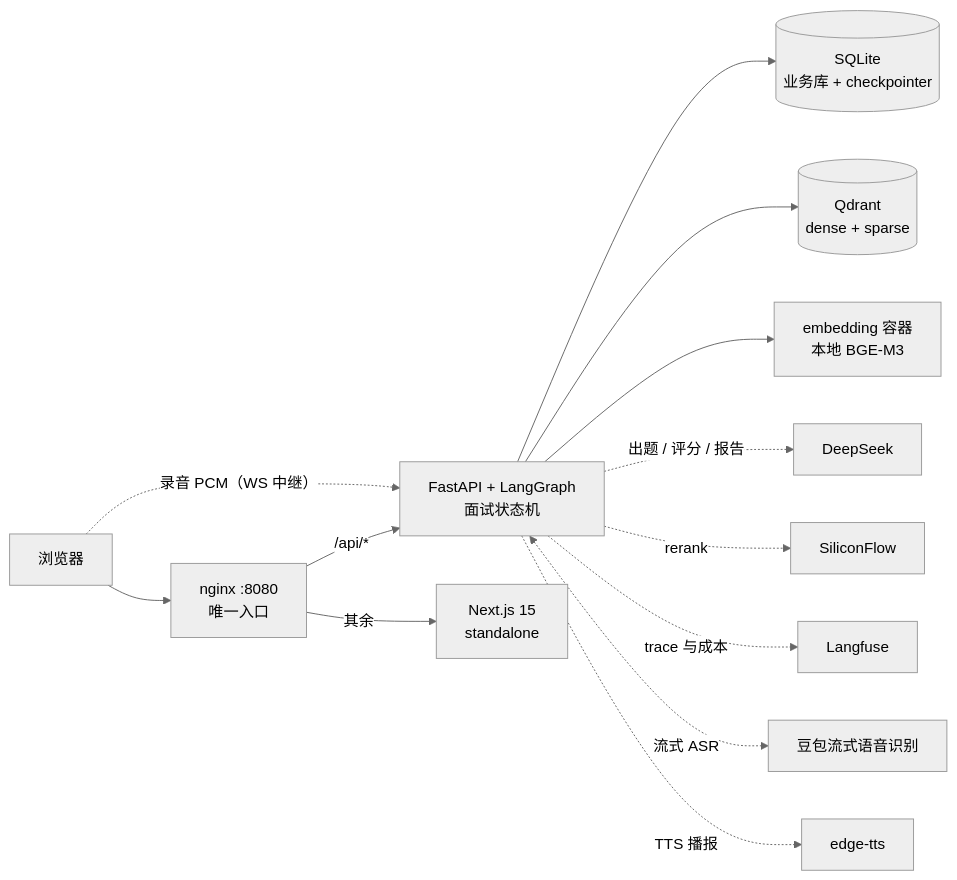
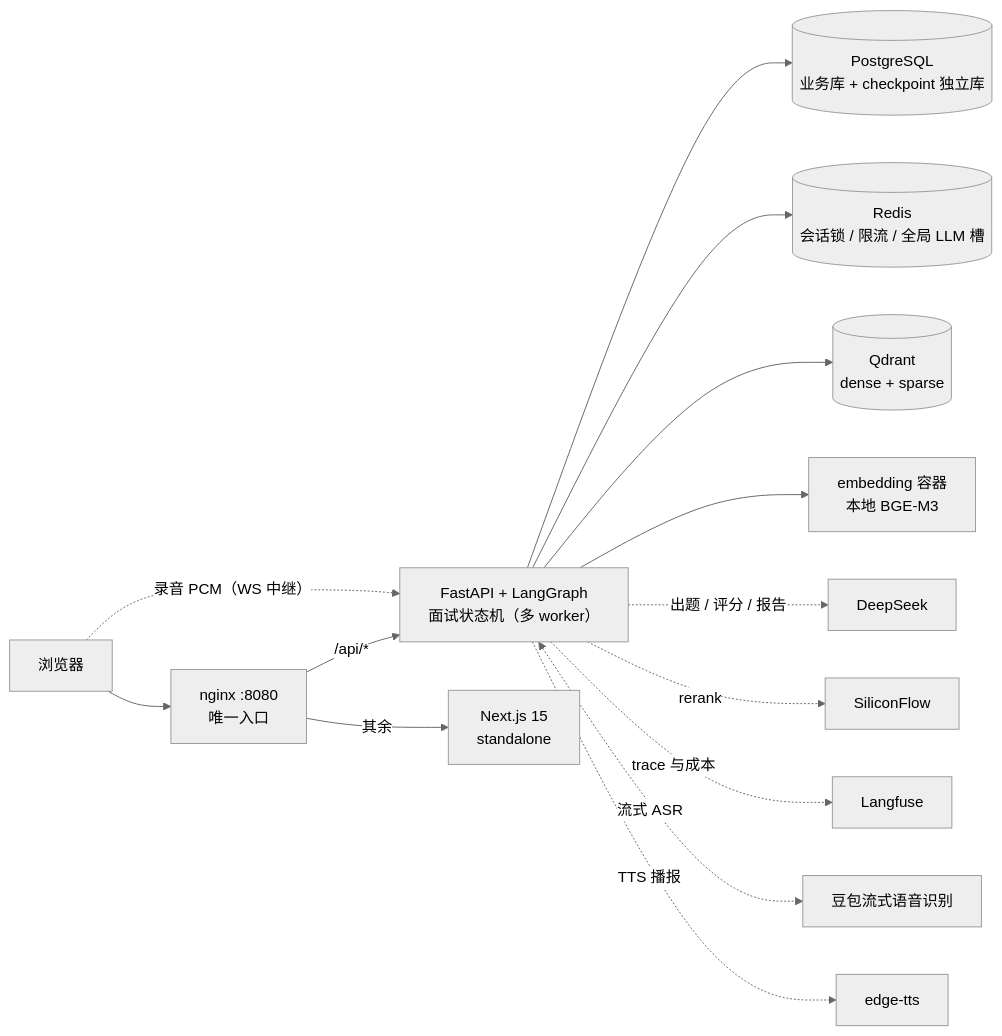
One commit to Q-77-i/Marda changed the diagram in README.md. Above: the diagram before and after it, drawn with Mermaid (neutral theme). The commit also changed other lines of this file and 5 other files, not shown here.

````diff
--- a/README.md
+++ b/README.md
@@ -45,15 +45,16 @@
 ```mermaid
 flowchart LR
   B["浏览器"] --> N["nginx :8080<br/>唯一入口"]
-  N -->|"/api/*"| A["FastAPI + LangGraph<br/>面试状态机"]
+  N -->|"/api/*"| A["FastAPI + LangGraph<br/>面试状态机（多 worker）"]
   N -->|"其余"| W["Next.js 15<br/>standalone"]
-  A --> DB[("SQLite<br/>业务库 + checkpointer")]
+  A --> DB[("PostgreSQL<br/>业务库 + checkpoint 独立库")]
+  A --> R[("Redis<br/>会话锁 / 限流 / 全局 LLM 槽")]
   A --> Q[("Qdrant<br/>dense + sparse")]
   A --> E["embedding 容器<br/>本地 BGE-M3"]
   A -.->|"出题 / 评分 / 报告"| DS["DeepSeek"]
   A -.->|"rerank"| SF["SiliconFlow"]
   A -.->|"trace 与成本"| LF["Langfuse"]
   B -.->|"录音 PCM（WS 中继）"| A
   A <-.->|"流式 ASR"| VC["豆包流式语音识别"]
   A -.->|"TTS 播报"| ET["edge-tts"]
 ```
````
